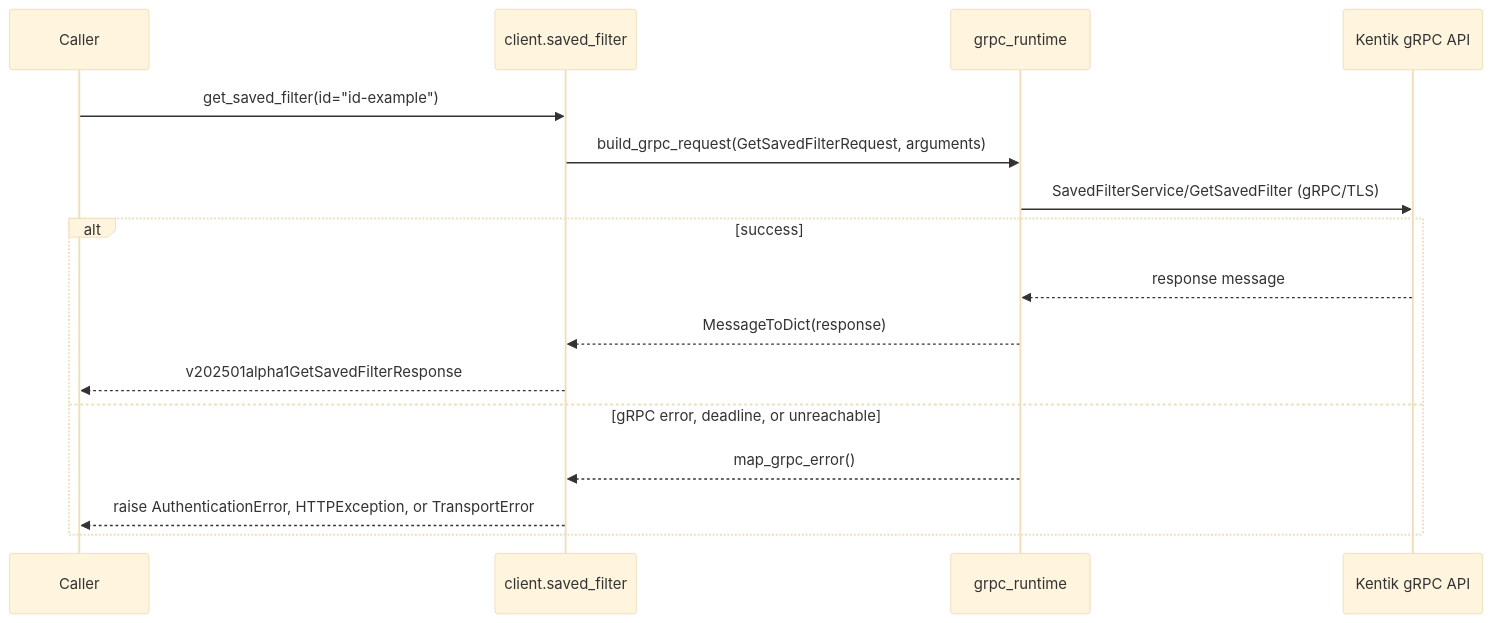
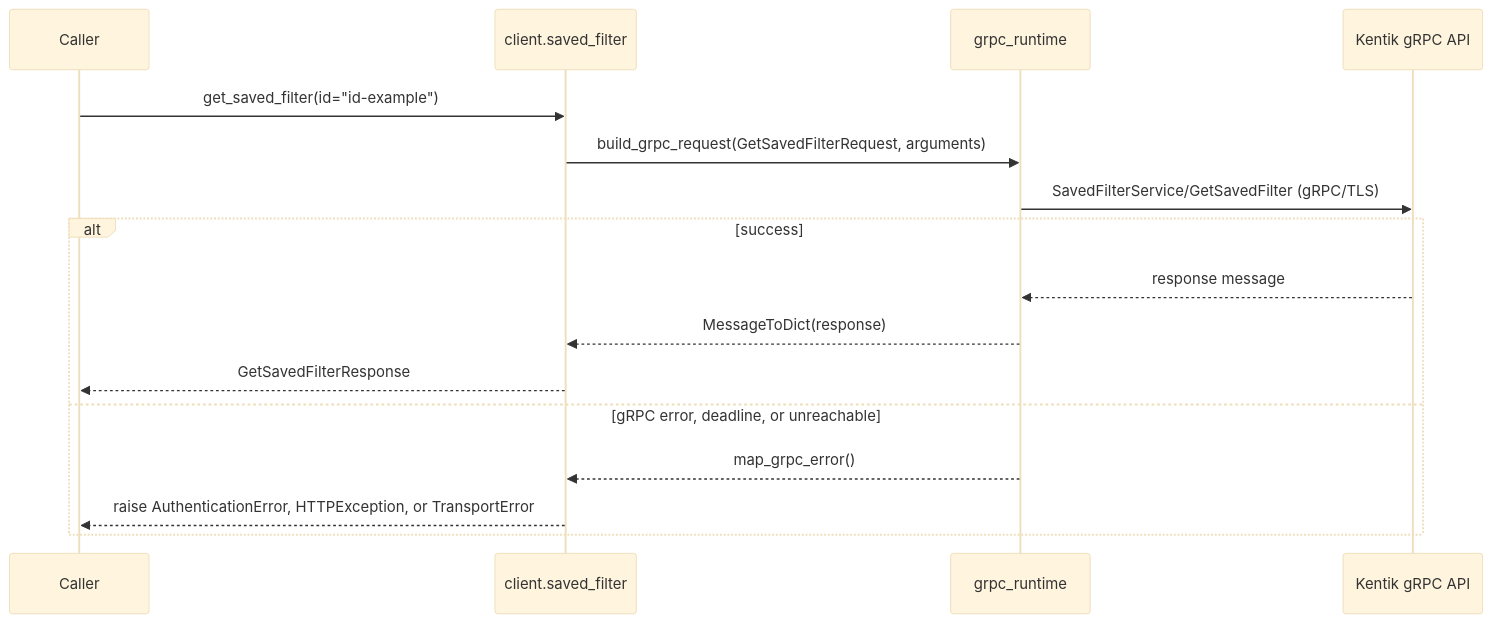
Before and after one commit to alexdearaujo/community_sdk_python: the fifth of 14 diagrams in docs/sphinx/services/saved_filter.md, drawn with Mermaid (base theme). The commit also changed other lines of this file and 38 other files, not shown here.

````diff
--- a/docs/sphinx/services/saved_filter.md
+++ b/docs/sphinx/services/saved_filter.md
@@ -135,19 +135,19 @@
 ```mermaid
 sequenceDiagram
     participant C as Caller
     participant W as client.saved_filter
     participant R as grpc_runtime
     participant API as Kentik gRPC API
 
     C->>W: get_saved_filter(id="id-example")
     W->>R: build_grpc_request(GetSavedFilterRequest, arguments)
     R->>API: SavedFilterService/GetSavedFilter (gRPC/TLS)
     alt success
         API-->>R: response message
         R-->>W: MessageToDict(response)
-        W-->>C: v202501alpha1GetSavedFilterResponse
+        W-->>C: GetSavedFilterResponse
     else gRPC error, deadline, or unreachable
         R-->>W: map_grpc_error()
         W-->>C: raise AuthenticationError, HTTPException, or TransportError
     end
 ```
````
